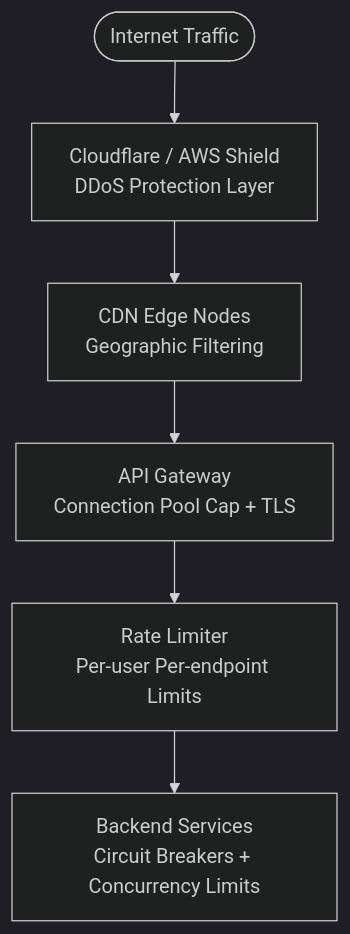
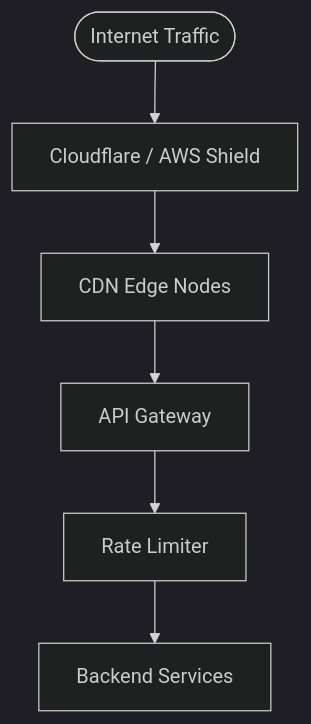
The diagram in docs/03-Case-Studies/03-Expedition/01-Rate-Limiter/02-Deep-Dives/04-Fault-Isolation/05-DDoS-And-Defense-Layers.md (Dummy-Bug/leetdezine), drawn with Mermaid (dark theme) before and after one commit. The commit also changed 21 other files, not shown here.

````diff
--- a/docs/03-Case-Studies/03-Expedition/01-Rate-Limiter/02-Deep-Dives/04-Fault-Isolation/05-DDoS-And-Defense-Layers.md
+++ b/docs/03-Case-Studies/03-Expedition/01-Rate-Limiter/02-Deep-Dives/04-Fault-Isolation/05-DDoS-And-Defense-Layers.md
@@ -24,8 +24,8 @@
 ```mermaid
-flowchart TD
-    I([Internet Traffic]) --> CF[Cloudflare / AWS Shield\nDDoS Protection Layer]
-    CF --> CDN[CDN Edge Nodes\nGeographic Filtering]
-    CDN --> GW[API Gateway\nConnection Pool Cap + TLS]
-    GW --> RL[Rate Limiter\nPer-user Per-endpoint Limits]
-    RL --> BE[Backend Services\nCircuit Breakers + Concurrency Limits]
+graph TD
+    I([Internet Traffic]) --> CF[Cloudflare / AWS Shield]
+    CF --> CDN[CDN Edge Nodes]
+    CDN --> GW[API Gateway]
+    GW --> RL[Rate Limiter]
+    RL --> BE[Backend Services]
 ```
````
